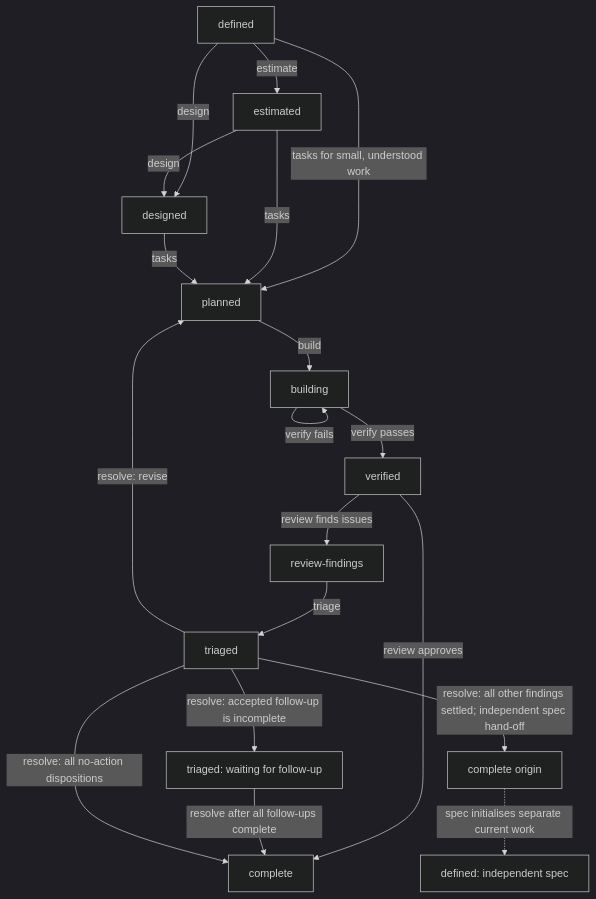
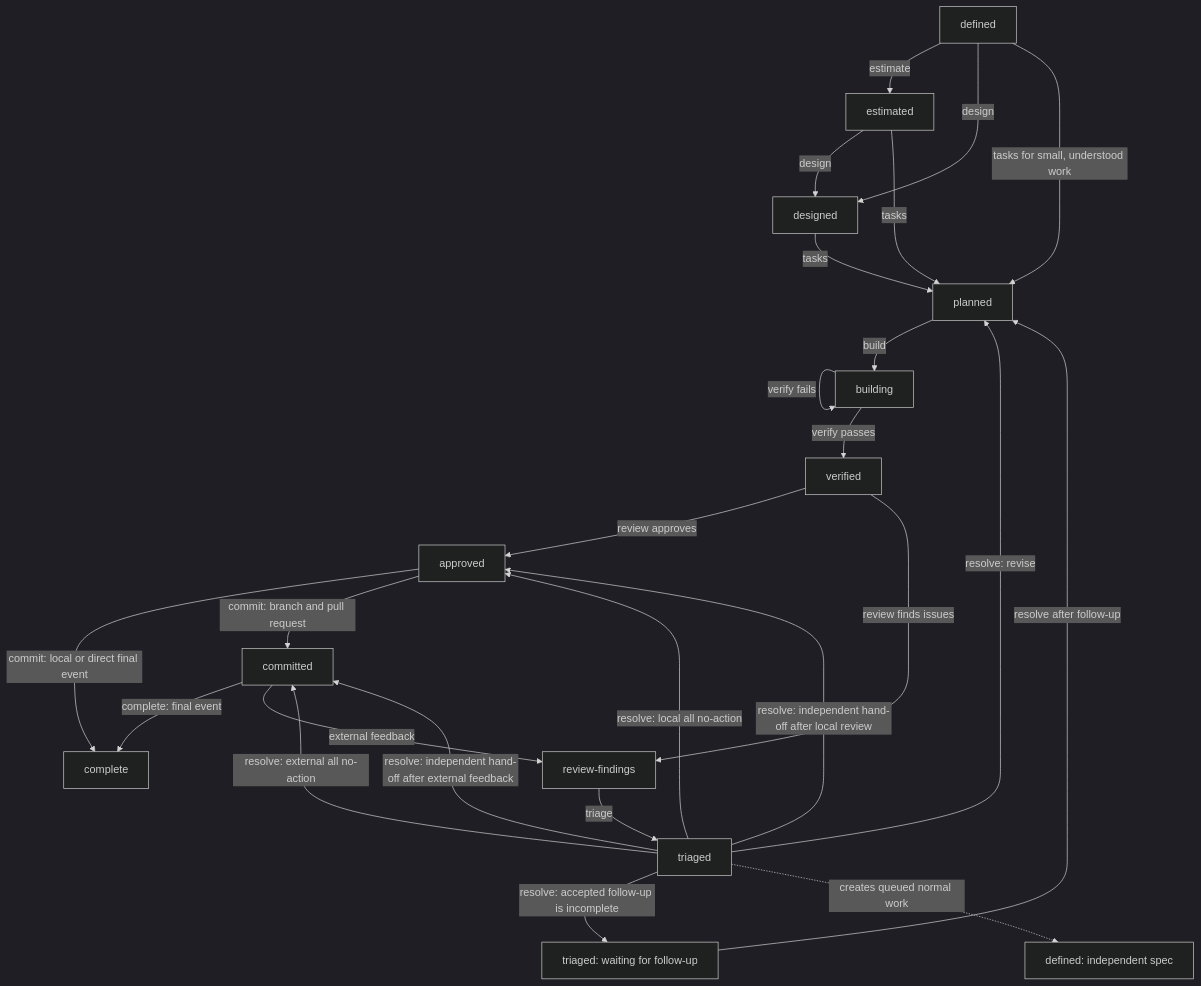
Before and after one commit to deeprave/specle: the first of 3 diagrams in LIFECYCLE.md, drawn with Mermaid (dark theme). The commit also changed other lines of this file and 44 other files, not shown here.

````diff
--- a/LIFECYCLE.md
+++ b/LIFECYCLE.md
@@ -66,22 +72,28 @@
 ```mermaid
 flowchart TB
   defined -->|estimate| estimated
   defined -->|design| designed
   defined -->|tasks for small, understood work| planned
   estimated -->|design| designed
   estimated -->|tasks| planned
   designed -->|tasks| planned
   planned -->|build| building
   building -->|build| building
   building -->|verify passes| verified
   building -->|verify fails| building
-  verified -->|review approves| complete
+  verified -->|review approves| approved
+  approved -->|commit: local or direct final event| complete
+  approved -->|commit: branch and pull request| committed
+  committed -->|complete: final event| complete
+  committed -->|external feedback| review_findings
   verified -->|review finds issues| review_findings[review-findings]
   review_findings -->|triage| triaged
   triaged -->|resolve: revise| planned
   triaged -->|resolve: accepted follow-up is incomplete| waiting[triaged: waiting for follow-up]
-  waiting -->|resolve after all follow-ups complete| complete
-  triaged -->|resolve: all no-action dispositions| complete
-  triaged -->|resolve: all other findings settled; independent spec hand-off| handed_off[complete origin]
-  handed_off -.->|spec initialises separate current work| new_defined[defined: independent spec]
+  waiting -->|resolve after follow-up| planned
+  triaged -->|resolve: local all no-action| approved
+  triaged -->|resolve: external all no-action| committed
+  triaged -->|resolve: independent hand-off after local review| approved
+  triaged -->|resolve: independent hand-off after external feedback| committed
+  triaged -.->|creates queued normal work| queued_defined[defined: independent spec]
 ```
````
